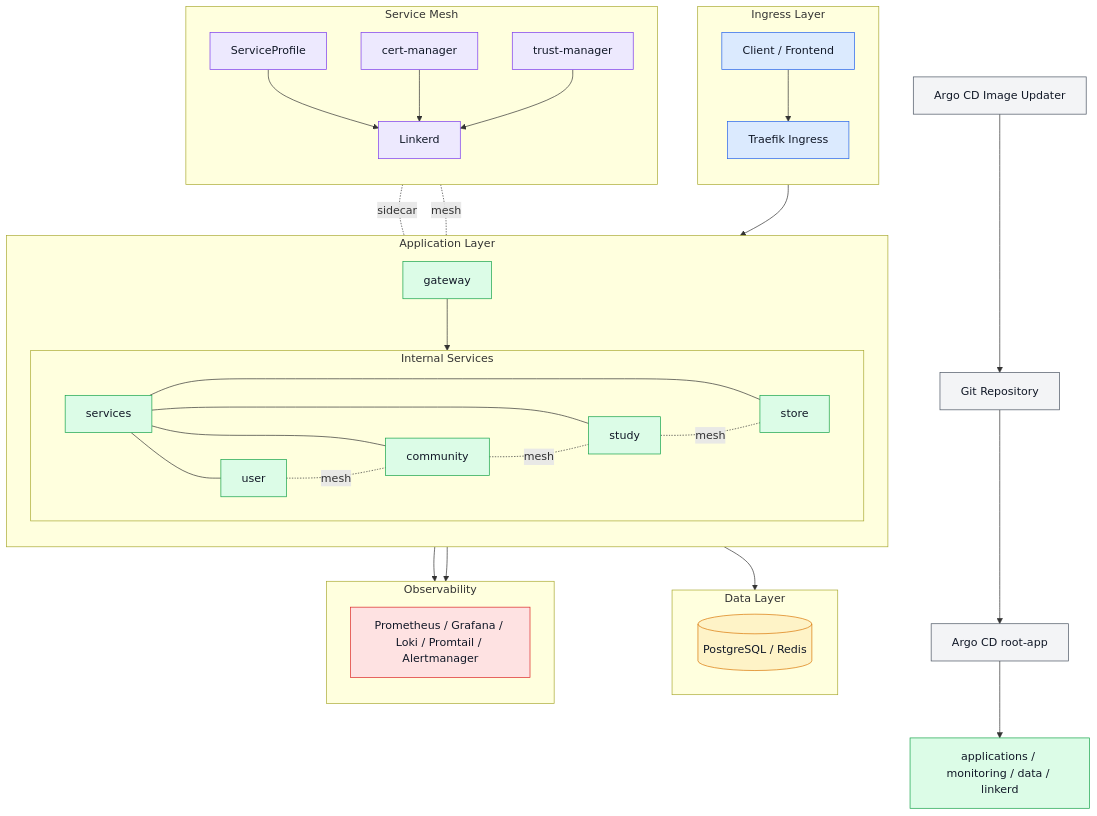
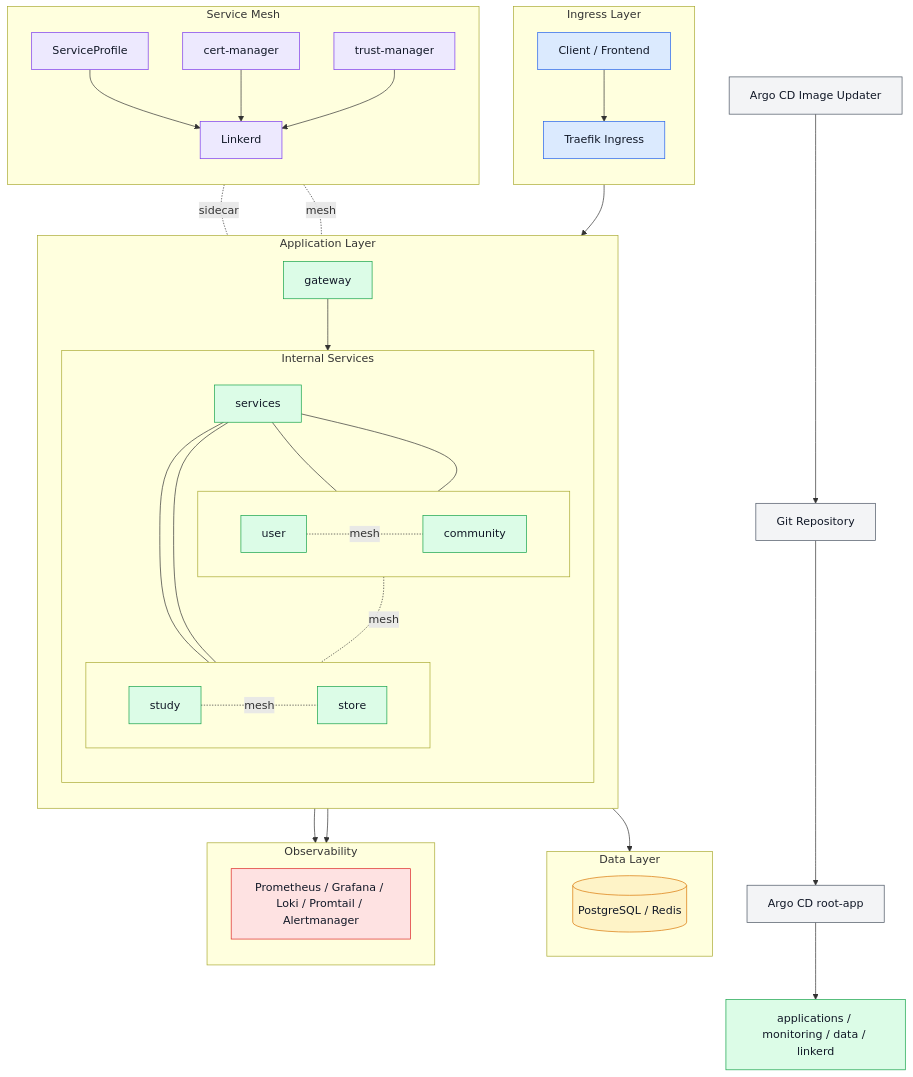
One commit to checkMateit/checkmate-kubernetes changed the diagram in README.md. Above: the diagram before and after it, drawn with Mermaid.

```diff
--- a/README.md
+++ b/README.md
@@ -41,12 +41,18 @@
         Gateway[gateway]
 
         subgraph ServicesBox["Internal Services"]
-            direction LR
+            direction TB
             ServicesHub[services]
-            User[user]
-            Community[community]
-            Study[study]
-            Store[store]
+            subgraph ServicesRow1[" "]
+                direction LR
+                User[user]
+                Community[community]
+            end
+            subgraph ServicesRow2[" "]
+                direction LR
+                Study[study]
+                Store[store]
+            end
 
             ServicesHub --- User
             ServicesHub --- Community
```
